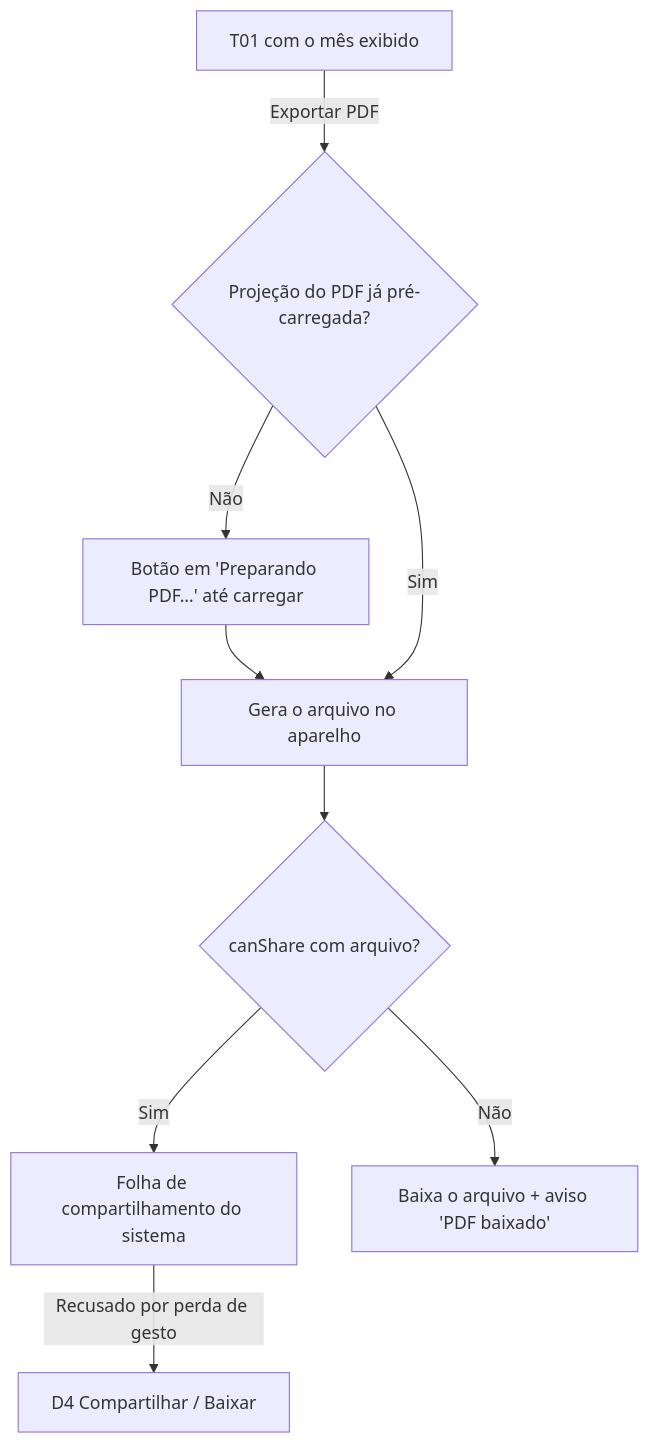
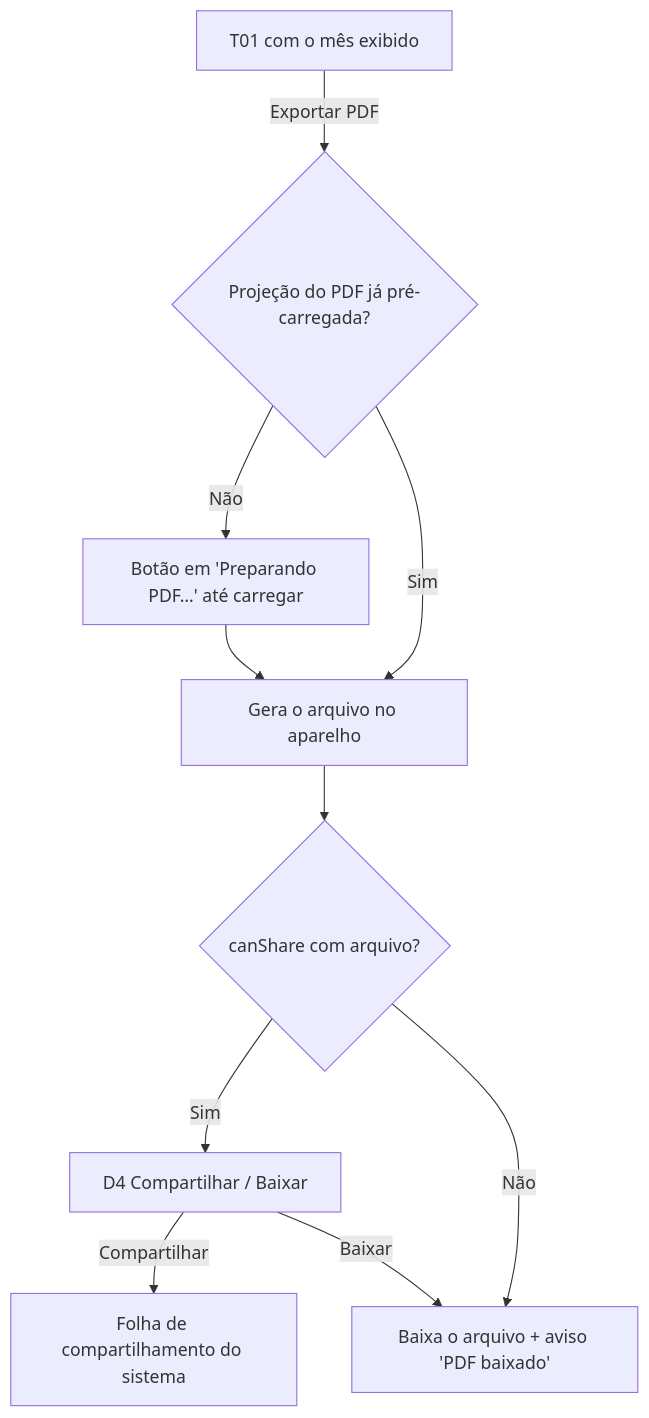
Before and after one commit to leandrosegheto17/GestaodaPelada: the fourth of 6 diagrams in .md/UX-SPEC.md, drawn with Mermaid. The commit also changed other lines of this file, not shown here.

Commit message:
RTP-0174: UX-SPEC descreve Exportar PDF com Compartilhar/Baixar

````diff
--- a/.md/UX-SPEC.md
+++ b/.md/UX-SPEC.md
@@ -232,10 +232,11 @@
 ```mermaid
 flowchart TD
   A[T01 com o mês exibido] -- Exportar PDF --> B{Projeção do PDF já pré-carregada?}
   B -- Não --> B1[Botão em 'Preparando PDF…' até carregar] --> C
   B -- Sim --> C[Gera o arquivo no aparelho]
   C --> D{canShare com arquivo?}
-  D -- Sim --> E[Folha de compartilhamento do sistema]
-  E -- Recusado por perda de gesto --> D4[D4 Compartilhar / Baixar]
+  D -- Sim --> D4[D4 Compartilhar / Baixar]
+  D4 -- Compartilhar --> E[Folha de compartilhamento do sistema]
+  D4 -- Baixar --> F[Baixa o arquivo + aviso 'PDF baixado']
   D -- Não --> F[Baixa o arquivo + aviso 'PDF baixado']
 ```
````
